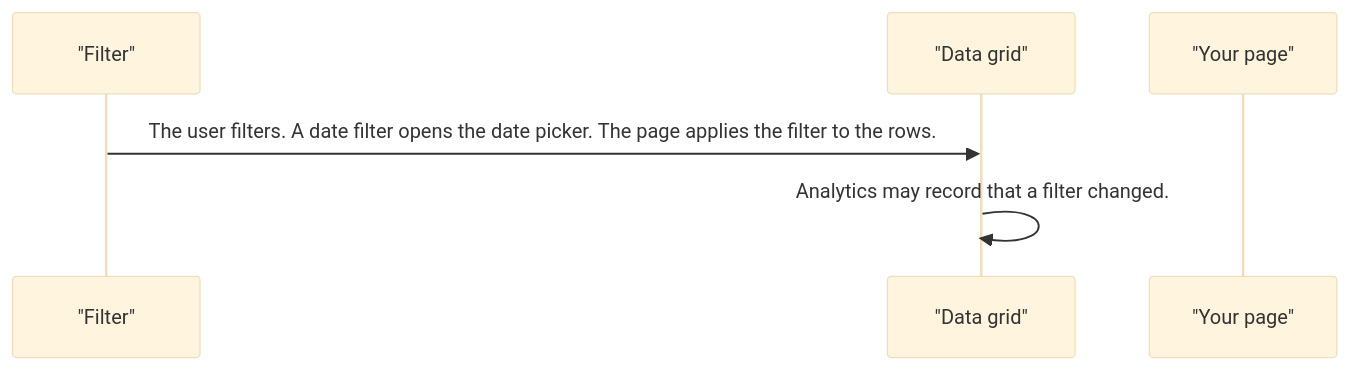
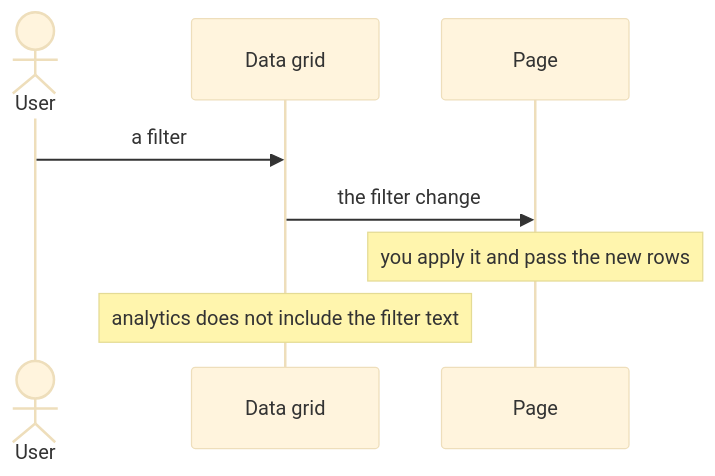
One commit to RajshekharBorate/pixel-ui changed the third of 6 diagrams in projects/pixel-ui/src/lib/pixel-data-grid/DESIGN.md. Above: the diagram before and after it, drawn with Mermaid (base theme). The commit also changed other lines of this file and 73 other files, not shown here.

Commit message:
Explain who owns each value and what each flow does in every component and service design.

````diff
--- a/projects/pixel-ui/src/lib/pixel-data-grid/DESIGN.md
+++ b/projects/pixel-ui/src/lib/pixel-data-grid/DESIGN.md
@@ -82,8 +99,10 @@
 ```mermaid
 sequenceDiagram
-  participant filter as "Filter"
-  participant grid as "Data grid"
-  participant page as "Your page"
-  filter->>grid: The user filters. A date filter opens the date picker. The page applies the filter to the rows.
-  grid->>grid: Analytics may record that a filter changed.
+  actor User
+  participant Grid as Data grid
+  participant Page
+  User->>Grid: a filter
+  Grid->>Page: the filter change
+  Note over Page: you apply it and pass the new rows
+  Note over Grid: analytics does not include the filter text
 ```
````
